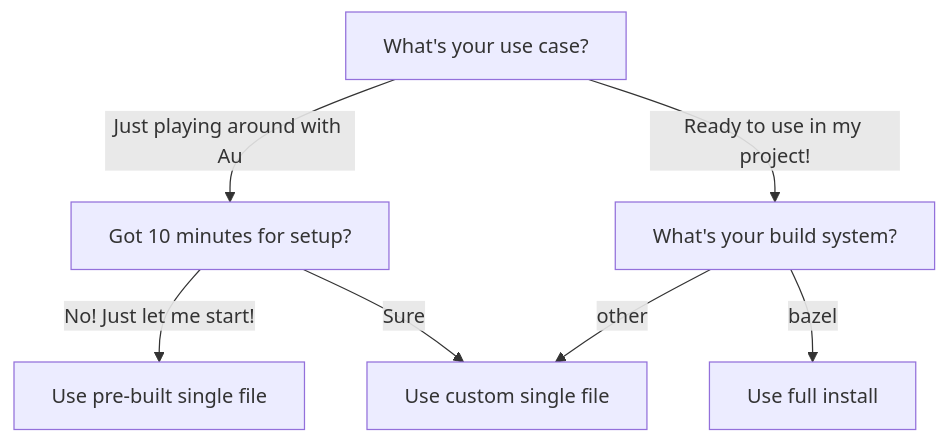
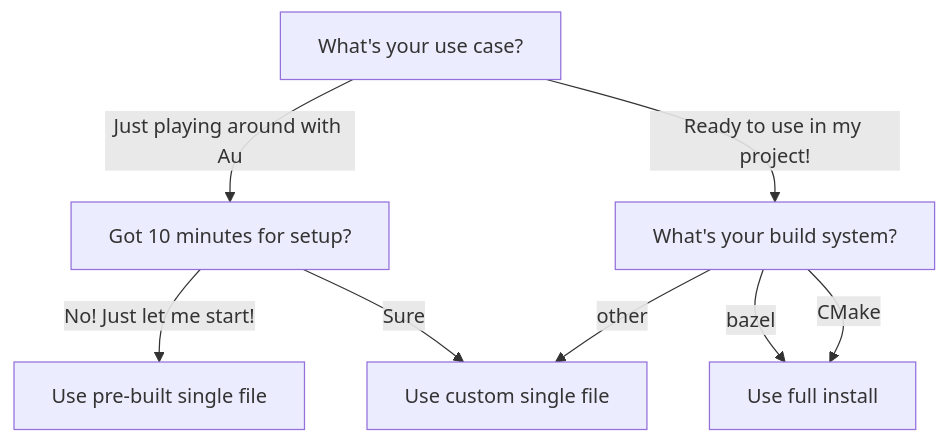
Before and after one commit to aurora-opensource/au: the diagram in docs/install.md, drawn with Mermaid. The commit also changed other lines of this file, not shown here.

First line of the commit message:
Update installation instructions for CMake (#270)

````diff
--- a/docs/install.md
+++ b/docs/install.md
@@ -77,15 +79,16 @@
 ``` mermaid
 graph TD
 Usage[What's your use case?]
 SetupTime[Got 10 minutes for setup?]
 BuildSystem[What's your build system?]
 UsePreBuilt[Use pre-built single file]
 UseCustom[Use custom single file]
 UseFullInstall[Use full install]
 Usage -->|Just playing around with Au| SetupTime
 SetupTime -->|No! Just let me start!| UsePreBuilt
 SetupTime -->|Sure| UseCustom
 Usage -->|Ready to use in my project!| BuildSystem
 BuildSystem -->|bazel| UseFullInstall
+BuildSystem -->|CMake| UseFullInstall
 BuildSystem -->|other| UseCustom
 ```
````
